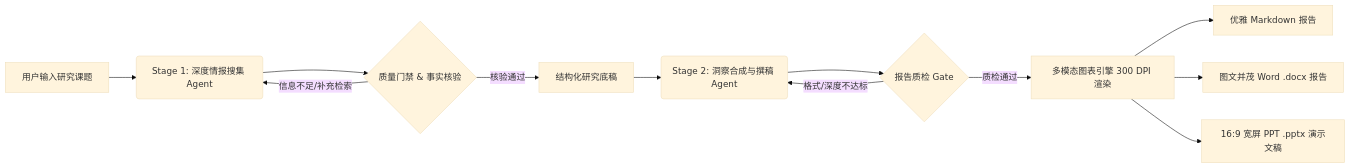
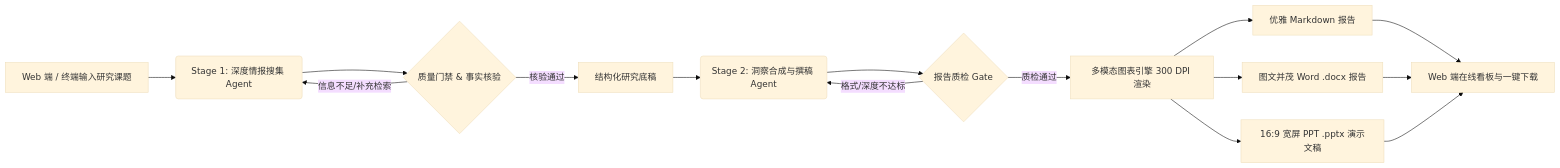
One commit to sxxcwj/insight-synthesis-crew changed the diagram in README.md. Above: the diagram before and after it, drawn with Mermaid (base theme). The commit also changed other lines of this file and 4 other files, not shown here.

````diff
--- a/README.md
+++ b/README.md
@@ -39,14 +42,17 @@
 ```mermaid
 graph LR
-    A[用户输入研究课题] --> B(Stage 1: 深度情报搜集 Agent)
+    A[Web 端 / 终端输入研究课题] --> B(Stage 1: 深度情报搜集 Agent)
     B --> C{质量门禁 & 事实核验}
     C -- 信息不足/补充检索 --> B
     C -- 核验通过 --> D[结构化研究底稿]
     D --> E(Stage 2: 洞察合成与撰稿 Agent)
     E --> F{报告质检 Gate}
     F -- 格式/深度不达标 --> E
     F -- 质检通过 --> G[多模态图表引擎 300 DPI 渲染]
     G --> H[优雅 Markdown 报告]
     G --> I[图文并茂 Word .docx 报告]
     G --> J[16:9 宽屏 PPT .pptx 演示文稿]
+    H --> K[Web 端在线看板与一键下载]
+    I --> K
+    J --> K
 ```
````
